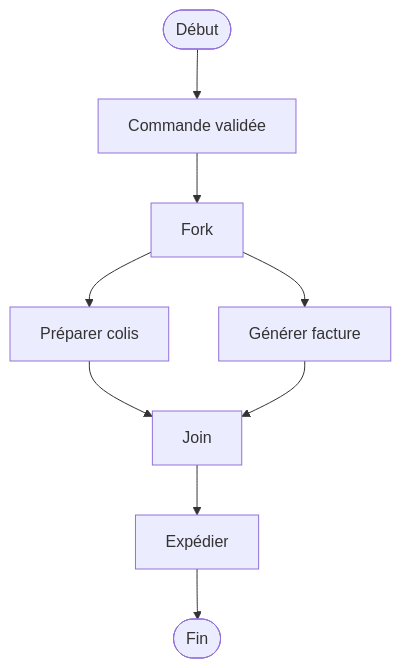
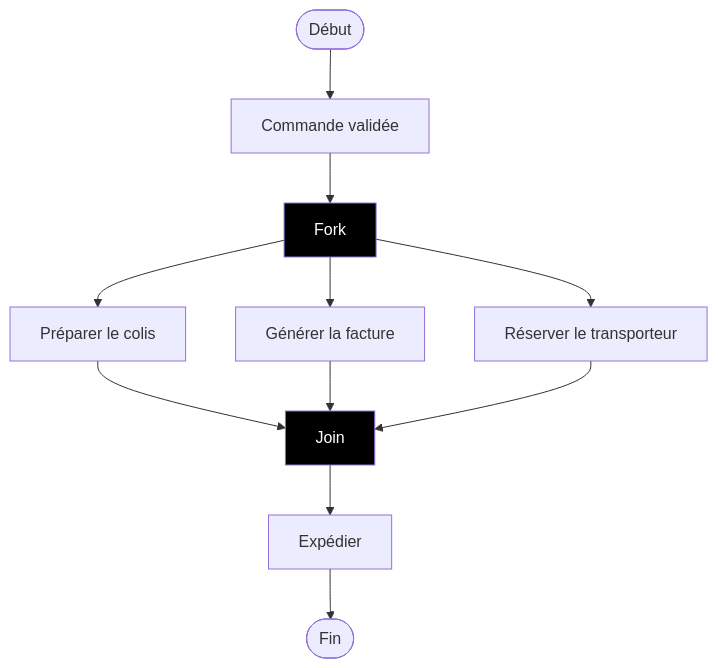
The third of 5 diagrams in 05-diagramme-activite/notes.md (JR-CIEL-2-PROGRAMMATION/uml-learning), drawn with Mermaid before and after one commit. The commit also changed other lines of this file and 5 other files, not shown here.

````diff
--- a/05-diagramme-activite/notes.md
+++ b/05-diagramme-activite/notes.md
@@ -32,11 +77,16 @@
 ```mermaid
 flowchart TD
     Start([Début]) --> A[Commande validée]
-    A --> Fork
-    Fork --> B[Préparer colis]
-    Fork --> C[Générer facture]
-    B --> Join
+    A --> Fork:::fork
+    Fork --> B[Préparer le colis]
+    Fork --> C[Générer la facture]
+    Fork --> D[Réserver le transporteur]
+    B --> Join:::join
     C --> Join
-    Join --> D[Expédier]
-    D --> End([Fin])
+    D --> Join
+    Join --> E[Expédier]
+    E --> End([Fin])
+
+    classDef fork fill:#000,color:#fff
+    classDef join fill:#000,color:#fff
 ```
````
